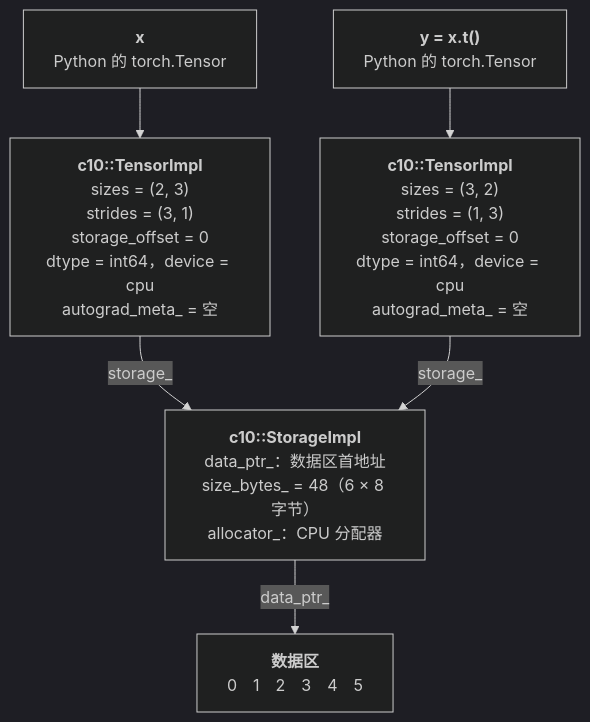
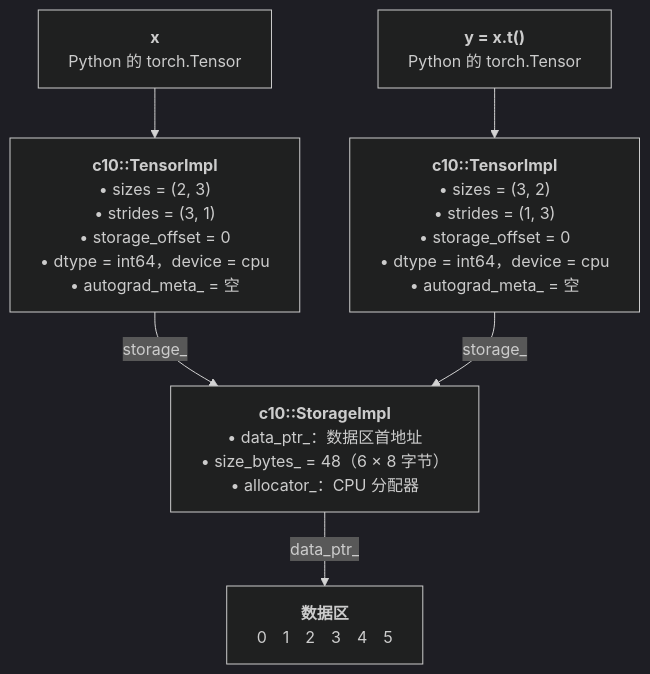
Before and after one commit to arganzheng/arganzheng.github.com: the third of 6 diagrams in _posts/2026-02-18-pytorch-tensor-and-memory-layout.md, drawn with Mermaid (dark theme). The commit also changed other lines of this file and 9 other files, not shown here.

First line of the commit message:
PyTorch 系列其余 9 篇：流程图方框改成「标题 + 列表」

````diff
--- a/_posts/2026-02-18-pytorch-tensor-and-memory-layout.md
+++ b/_posts/2026-02-18-pytorch-tensor-and-memory-layout.md
@@ -213,16 +213,17 @@
 ```mermaid
+%%{init: {"flowchart": {"wrappingWidth": 440}}}%%
 %% 图：x 与 y = x.t() 背后的 C++ 对象：两个 TensorImpl 共用一个 StorageImpl
 flowchart TB
     X["<b>x</b><br/>Python 的 torch.Tensor"]
     Y["<b>y = x.t()</b><br/>Python 的 torch.Tensor"]
-    TX["<b>c10::TensorImpl</b><br/>sizes = (2, 3)<br/>strides = (3, 1)<br/>storage_offset = 0<br/>dtype = int64，device = cpu<br/>autograd_meta_ = 空"]
-    TY["<b>c10::TensorImpl</b><br/>sizes = (3, 2)<br/>strides = (1, 3)<br/>storage_offset = 0<br/>dtype = int64，device = cpu<br/>autograd_meta_ = 空"]
-    S["<b>c10::StorageImpl</b><br/>data_ptr_：数据区首地址<br/>size_bytes_ = 48（6 × 8 字节）<br/>allocator_：CPU 分配器"]
+    TX["<b>c10::TensorImpl</b><br/>• sizes = (2, 3)<br/>• strides = (3, 1)<br/>• storage_offset = 0<br/>• dtype = int64，device = cpu<br/>• autograd_meta_ = 空"]
+    TY["<b>c10::TensorImpl</b><br/>• sizes = (3, 2)<br/>• strides = (1, 3)<br/>• storage_offset = 0<br/>• dtype = int64，device = cpu<br/>• autograd_meta_ = 空"]
+    S["<b>c10::StorageImpl</b><br/>• data_ptr_：数据区首地址<br/>• size_bytes_ = 48（6 × 8 字节）<br/>• allocator_：CPU 分配器"]
     D["<b>数据区</b><br/>0　1　2　3　4　5"]
 
     X --> TX
     Y --> TY
     TX -->|storage_| S
     TY -->|storage_| S
     S -->|data_ptr_| D
 ```
````
